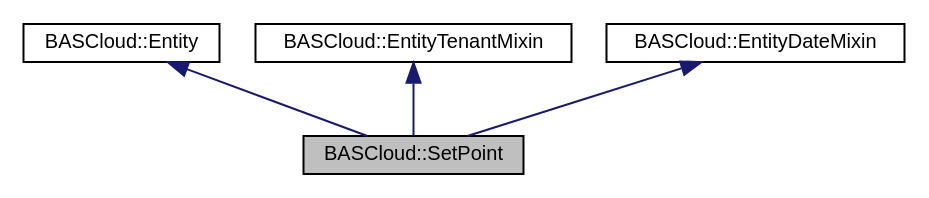
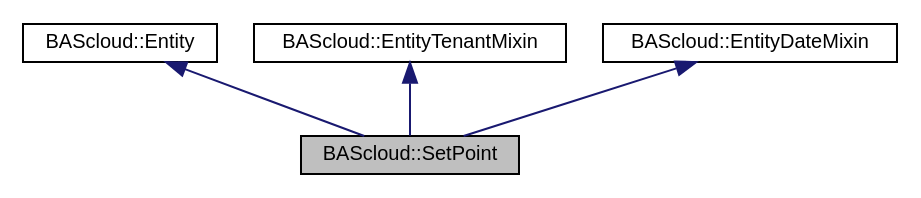
One commit to bascloud/BAScloudAPI changed the diagram in classBASCloud_1_1SetPoint__inherit__graph.dot. Above: the diagram before and after it, drawn with Graphviz. The commit also changed 193 other files, not shown here.

```diff
--- a/classBASCloud_1_1SetPoint__inherit__graph.dot
+++ b/classBASCloud_1_1SetPoint__inherit__graph.dot
@@ -1,13 +1,13 @@
-digraph "BASCloud::SetPoint"
+digraph "BAScloud::SetPoint"
 {
  // LATEX_PDF_SIZE
   edge [fontname="Helvetica",fontsize="10",labelfontname="Helvetica",labelfontsize="10"];
   node [fontname="Helvetica",fontsize="10",shape=record];
-  Node1 [label="BASCloud::SetPoint",height=0.2,width=0.4,color="black", fillcolor="grey75", style="filled", fontcolor="black",tooltip="A SetPoint entity represents a future set point for a sensor or actor (Device) in a building (Propert..."];
+  Node1 [label="BAScloud::SetPoint",height=0.2,width=0.4,color="black", fillcolor="grey75", style="filled", fontcolor="black",tooltip="A SetPoint entity represents a future set point for a sensor or actor (Device) in a building (Propert..."];
   Node2 -> Node1 [dir="back",color="midnightblue",fontsize="10",style="solid",fontname="Helvetica"];
-  Node2 [label="BASCloud::Entity",height=0.2,width=0.4,color="black", fillcolor="white", style="filled",URL="$classBASCloud_1_1Entity.html",tooltip="Base class modeling a BASCloud entity."];
+  Node2 [label="BAScloud::Entity",height=0.2,width=0.4,color="black", fillcolor="white", style="filled",URL="$classBAScloud_1_1Entity.html",tooltip="Base class modeling a BAScloud entity."];
   Node3 -> Node1 [dir="back",color="midnightblue",fontsize="10",style="solid",fontname="Helvetica"];
-  Node3 [label="BASCloud::EntityTenantMixin",height=0.2,width=0.4,color="black", fillcolor="white", style="filled",URL="$classBASCloud_1_1EntityTenantMixin.html",tooltip="Mixin class that adds functionality and attributes to associate a Tenant to a Entity object."];
+  Node3 [label="BAScloud::EntityTenantMixin",height=0.2,width=0.4,color="black", fillcolor="white", style="filled",URL="$classBAScloud_1_1EntityTenantMixin.html",tooltip="Mixin class that adds functionality and attributes to associate a Tenant to a Entity object."];
   Node4 -> Node1 [dir="back",color="midnightblue",fontsize="10",style="solid",fontname="Helvetica"];
-  Node4 [label="BASCloud::EntityDateMixin",height=0.2,width=0.4,color="black", fillcolor="white", style="filled",URL="$classBASCloud_1_1EntityDateMixin.html",tooltip="Mixin class that adds datetime functionality and attributes."];
+  Node4 [label="BAScloud::EntityDateMixin",height=0.2,width=0.4,color="black", fillcolor="white", style="filled",URL="$classBAScloud_1_1EntityDateMixin.html",tooltip="Mixin class that adds datetime functionality and attributes."];
 }
```
